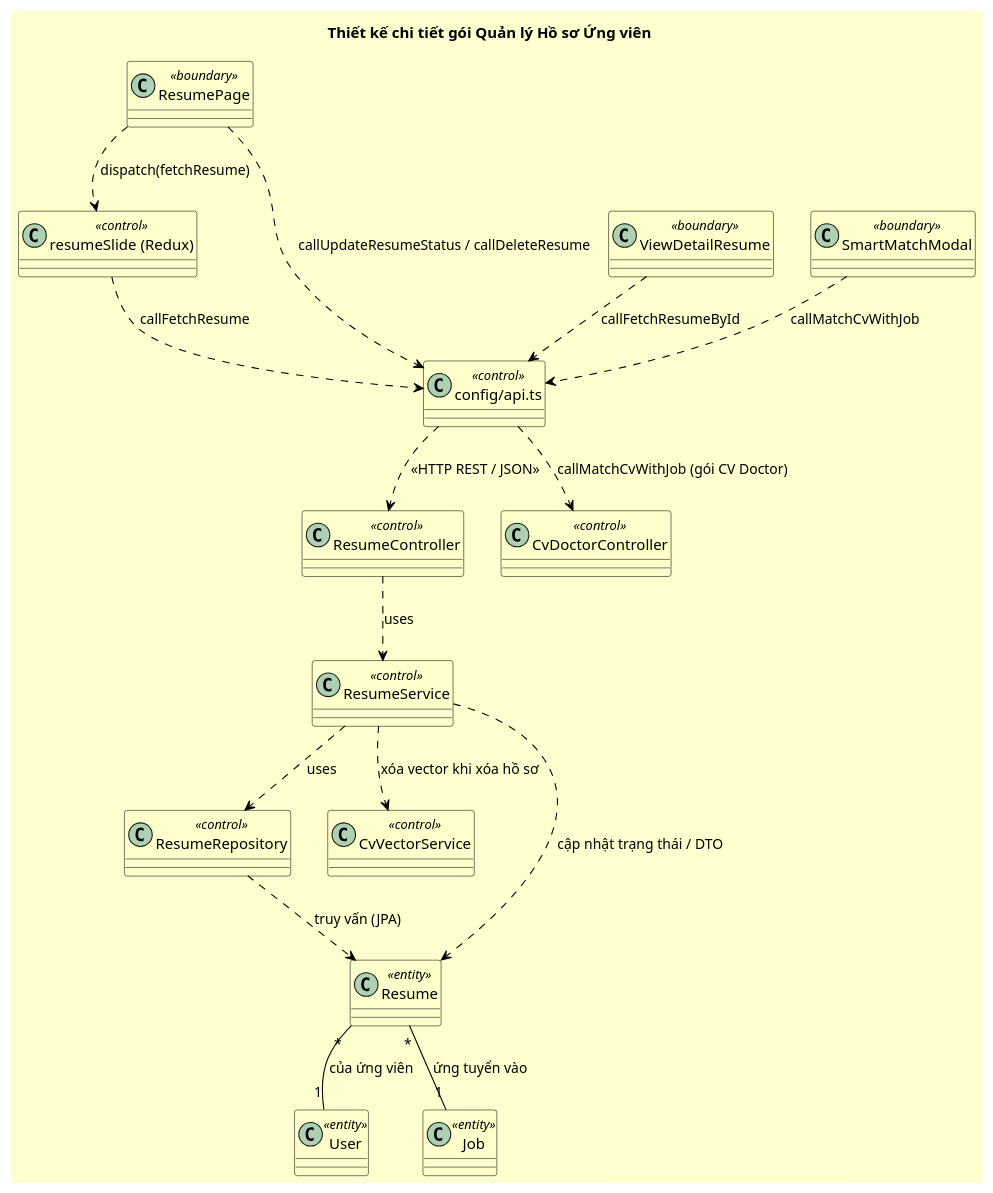
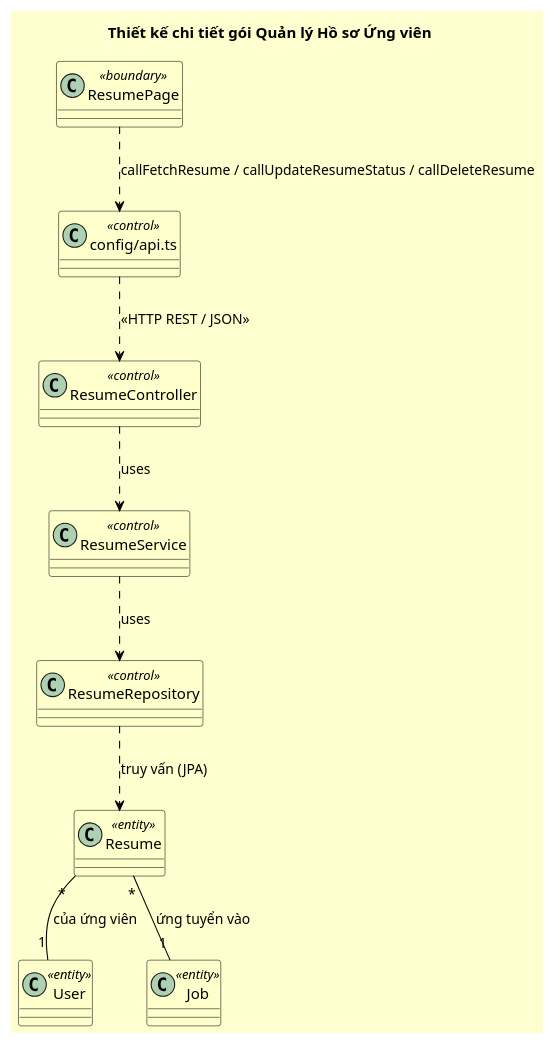
Before and after one commit to HoangCongTungK17/DATN_2026: the diagram in docs/chi-tiet-goi-quan-ly-ho-so.puml, drawn with PlantUML. The commit also changed 37 other files, not shown here.

```diff
--- a/docs/chi-tiet-goi-quan-ly-ho-so.puml
+++ b/docs/chi-tiet-goi-quan-ly-ho-so.puml
@@ -1,59 +1,43 @@
 @startuml ThietKeChiTiet_QuanLyHoSo
 title Thiết kế chi tiết gói Quản lý Hồ sơ Ứng viên
 
 ' Quy ước quan hệ (UML):
 '   ..>   Dependency   (phụ thuộc)
 '   --    Association  (kết hợp)
 '   o--   Aggregation  (kết tập)
 '   *--   Composition  (hợp thành)
 '   --|>  Inheritance  (kế thừa)
 '   ..|>  Implementation (thực thi)
 
 skinparam classBackgroundColor #FFFFCC
 skinparam classBorderColor black
 skinparam backgroundColor #FEFECE
 skinparam ArrowColor black
 skinparam shadowing false
 
 ' ===== BOUNDARY (Giao diện) =====
 class "ResumePage" <<boundary>> {}
-class "ViewDetailResume" <<boundary>> {}
-class "SmartMatchModal" <<boundary>> {}
 
 ' ===== CONTROL (Xử lý logic) =====
-class "resumeSlide (Redux)" as RSlice <<control>> {}
 class "config/api.ts" as ApiR <<control>> {}
 class "ResumeController" <<control>> {}
 class "ResumeService" <<control>> {}
 class "ResumeRepository" <<control>> {}
-class "CvVectorService" <<control>> {}
-class "CvDoctorController" <<control>> {}
 
 ' ===== ENTITY (Dữ liệu) =====
 class "Resume" <<entity>> {}
 class "User" <<entity>> {}
 class "Job" <<entity>> {}
 
-' ===== Phụ thuộc: Front-end =====
-"ResumePage" ..> RSlice : dispatch(fetchResume)
-"ResumePage" ..> ApiR : callUpdateResumeStatus / callDeleteResume
-"ViewDetailResume" ..> ApiR : callFetchResumeById
-"SmartMatchModal" ..> ApiR : callMatchCvWithJob
-RSlice ..> ApiR : callFetchResume
-
-' ===== Phụ thuộc: FE -> BE =====
+' ===== Luồng chính =====
+"ResumePage" ..> ApiR : callFetchResume / callUpdateResumeStatus / callDeleteResume
 ApiR ..> "ResumeController" : <<HTTP REST / JSON>>
-ApiR ..> "CvDoctorController" : callMatchCvWithJob (gói CV Doctor)
-
-' ===== Phụ thuộc: Back-end =====
 "ResumeController" ..> "ResumeService" : uses
 "ResumeService" ..> "ResumeRepository" : uses
-"ResumeService" ..> "CvVectorService" : xóa vector khi xóa hồ sơ
 "ResumeRepository" ..> "Resume" : truy vấn (JPA)
-"ResumeService" ..> "Resume" : cập nhật trạng thái / DTO
 
 ' ===== Quan hệ giữa các thực thể (JPA) =====
 "Resume" "*" -- "1" "User" : của ứng viên
 "Resume" "*" -- "1" "Job" : ứng tuyển vào
 
 @enduml
```
